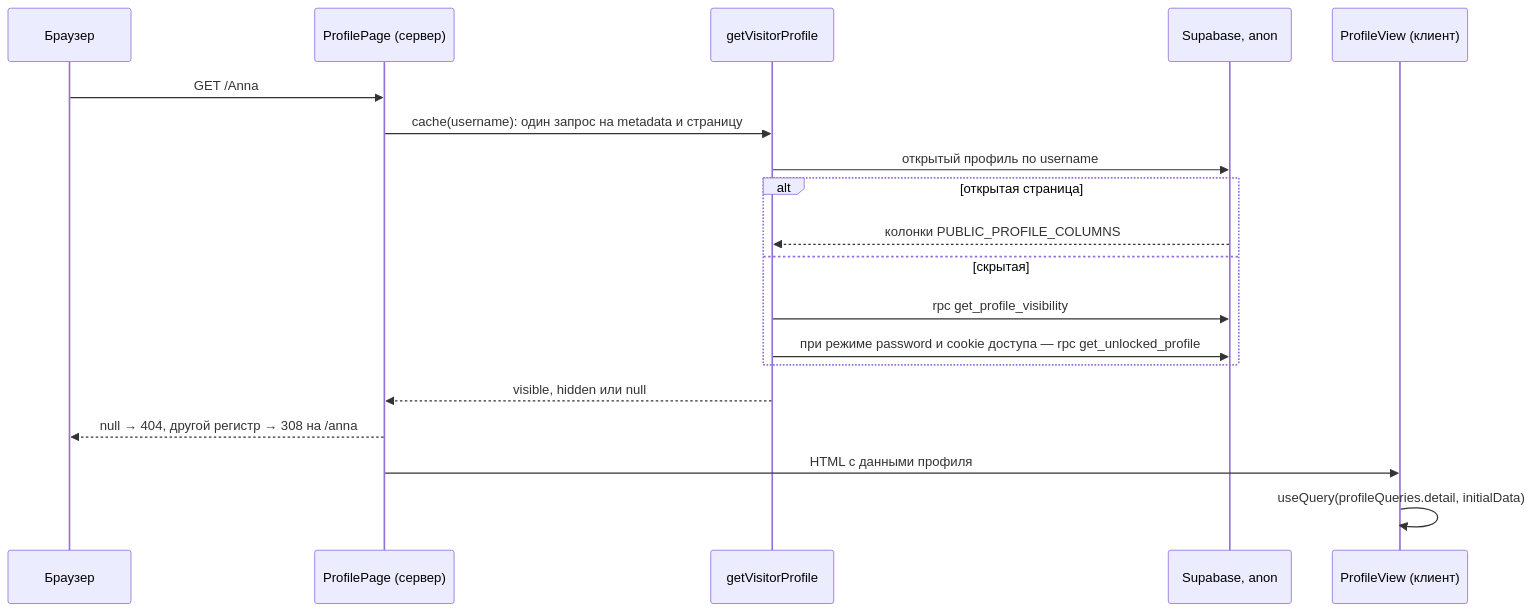
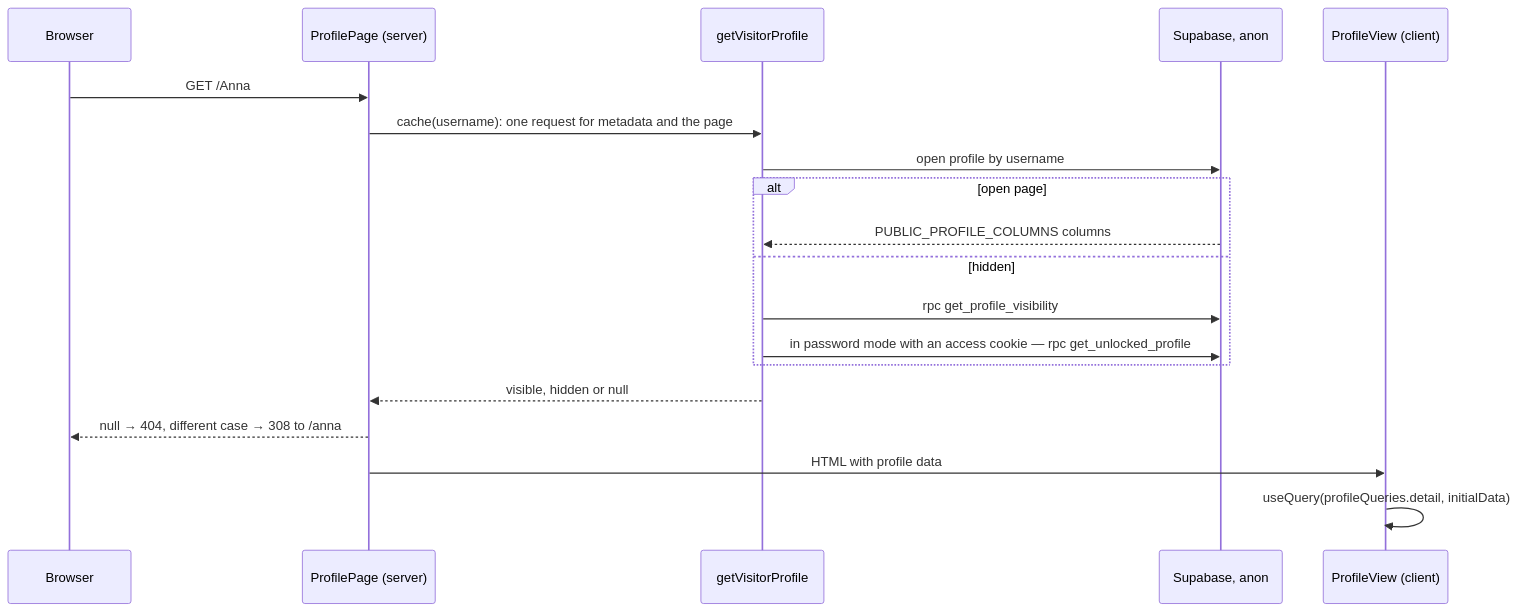
The third of 5 diagrams in docs/architecture/dynamic.md (verkhoturov/freudin-website), drawn with Mermaid before and after one commit. The commit also changed other lines of this file and 74 other files, not shown here.

````diff
--- a/docs/architecture/dynamic.md
+++ b/docs/architecture/dynamic.md
@@ -123,22 +129,22 @@
 ```mermaid
 sequenceDiagram
-    participant B as Браузер
-    participant P as ProfilePage (сервер)
+    participant B as Browser
+    participant P as ProfilePage (server)
     participant V as getVisitorProfile
     participant DB as Supabase, anon
-    participant C as ProfileView (клиент)
+    participant C as ProfileView (client)
 
     B->>P: GET /Anna
-    P->>V: cache(username): один запрос на metadata и страницу
-    V->>DB: открытый профиль по username
-    alt открытая страница
-        DB-->>V: колонки PUBLIC_PROFILE_COLUMNS
-    else скрытая
+    P->>V: cache(username): one request for metadata and the page
+    V->>DB: open profile by username
+    alt open page
+        DB-->>V: PUBLIC_PROFILE_COLUMNS columns
+    else hidden
         V->>DB: rpc get_profile_visibility
-        V->>DB: при режиме password и cookie доступа — rpc get_unlocked_profile
+        V->>DB: in password mode with an access cookie — rpc get_unlocked_profile
     end
-    V-->>P: visible, hidden или null
-    P-->>B: null → 404, другой регистр → 308 на /anna
-    P->>C: HTML с данными профиля
+    V-->>P: visible, hidden or null
+    P-->>B: null → 404, different case → 308 to /anna
+    P->>C: HTML with profile data
     C->>C: useQuery(profileQueries.detail, initialData)
 ```
````
